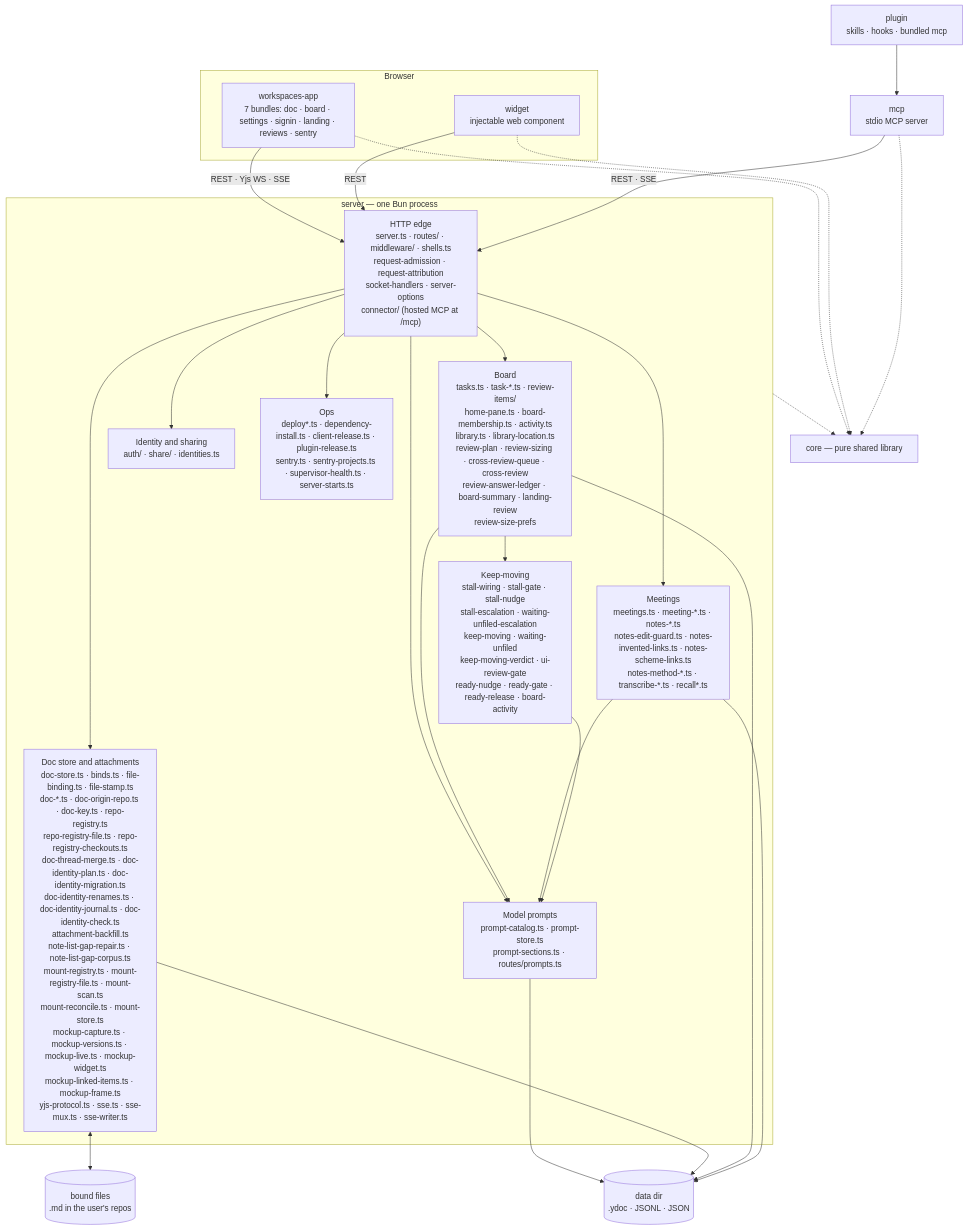
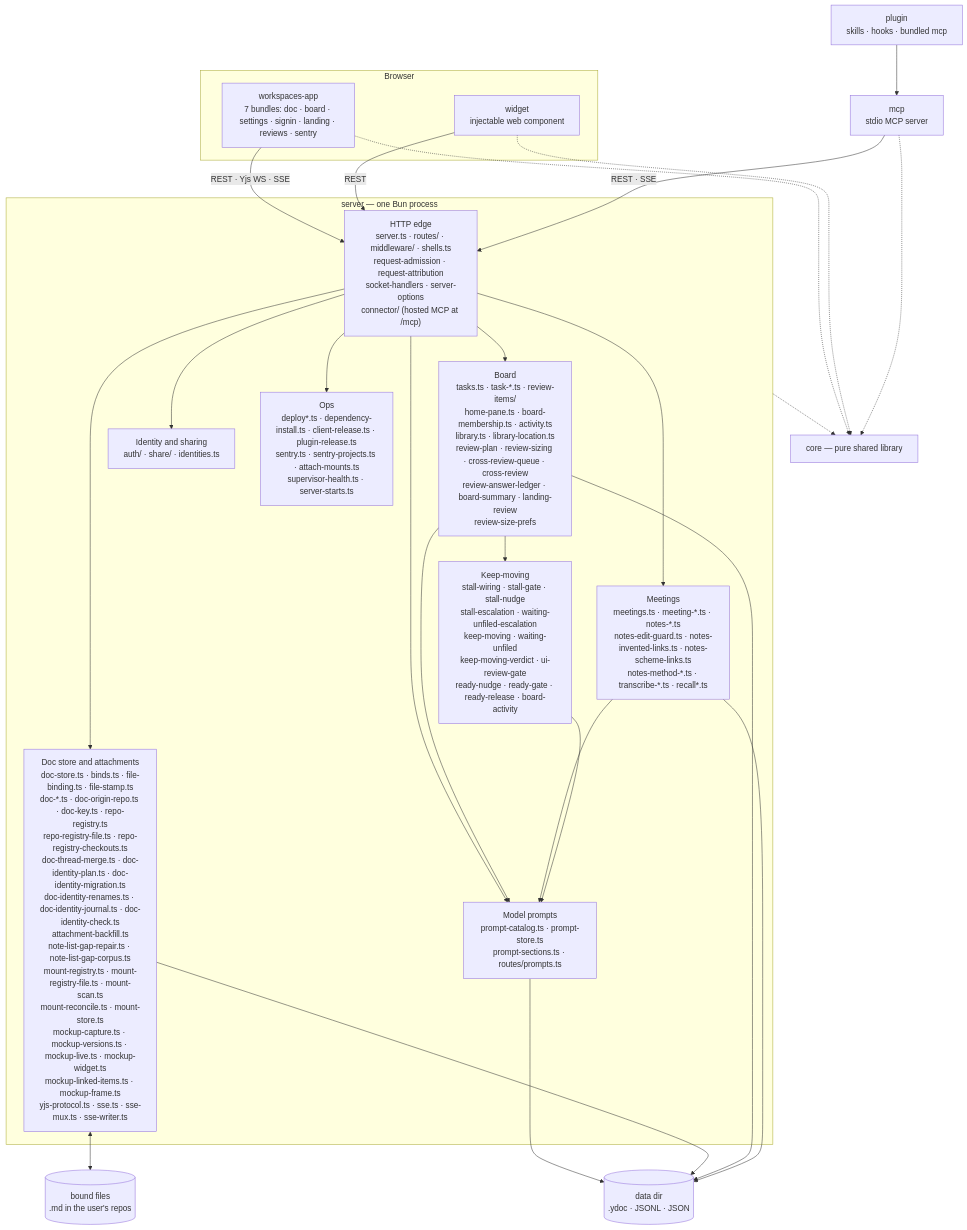
One commit to fryanpan/claude-workspaces-plugin changed the first of 2 diagrams in docs/architecture/overview.md. Above: the diagram before and after it, drawn with Mermaid. The commit also changed other lines of this file and 15 other files, not shown here.

````diff
--- a/docs/architecture/overview.md
+++ b/docs/architecture/overview.md
@@ -45,35 +45,35 @@
 ```mermaid
 flowchart TB
   subgraph browser[Browser]
     app["workspaces-app<br/>7 bundles: doc · board · settings · signin · landing · reviews · sentry"]
     wid["widget<br/>injectable web component"]
   end
   plug["plugin<br/>skills · hooks · bundled mcp"]
   mcp["mcp<br/>stdio MCP server"]
   subgraph srv["server — one Bun process"]
     edge["HTTP edge<br/>server.ts · routes/ · middleware/ · shells.ts<br/>request-admission · request-attribution<br/>socket-handlers · server-options<br/>connector/ (hosted MCP at /mcp)"]
     docs["Doc store and attachments<br/>doc-store.ts · binds.ts · file-binding.ts · file-stamp.ts<br/>doc-*.ts · doc-origin-repo.ts · doc-key.ts · repo-registry.ts<br/>repo-registry-file.ts · repo-registry-checkouts.ts<br/>doc-thread-merge.ts · doc-identity-plan.ts · doc-identity-migration.ts<br/>doc-identity-renames.ts · doc-identity-journal.ts · doc-identity-check.ts<br/>attachment-backfill.ts<br/>note-list-gap-repair.ts · note-list-gap-corpus.ts<br/>mount-registry.ts · mount-registry-file.ts · mount-scan.ts<br/>mount-reconcile.ts · mount-store.ts<br/>mockup-capture.ts · mockup-versions.ts · mockup-live.ts · mockup-widget.ts<br/>mockup-linked-items.ts · mockup-frame.ts<br/>yjs-protocol.ts · sse.ts · sse-mux.ts · sse-writer.ts"]
     board["Board<br/>tasks.ts · task-*.ts · review-items/<br/>home-pane.ts · board-membership.ts · activity.ts<br/>library.ts · library-location.ts<br/>review-plan · review-sizing · cross-review-queue · cross-review<br/>review-answer-ledger · board-summary · landing-review<br/>review-size-prefs"]
     meet["Meetings<br/>meetings.ts · meeting-*.ts · notes-*.ts<br/>notes-edit-guard.ts · notes-invented-links.ts · notes-scheme-links.ts<br/>notes-method-*.ts · transcribe-*.ts · recall*.ts"]
     keep["Keep-moving<br/>stall-wiring · stall-gate · stall-nudge<br/>stall-escalation · waiting-unfiled-escalation<br/>keep-moving · waiting-unfiled<br/>keep-moving-verdict · ui-review-gate<br/>ready-nudge · ready-gate · ready-release · board-activity"]
     ident["Identity and sharing<br/>auth/ · share/ · identities.ts"]
     prompts["Model prompts<br/>prompt-catalog.ts · prompt-store.ts<br/>prompt-sections.ts · routes/prompts.ts"]
-    ops["Ops<br/>deploy*.ts · dependency-install.ts · client-release.ts · plugin-release.ts<br/>sentry.ts · sentry-projects.ts · supervisor-health.ts · server-starts.ts"]
+    ops["Ops<br/>deploy*.ts · dependency-install.ts · client-release.ts · plugin-release.ts<br/>sentry.ts · sentry-projects.ts · attach-mounts.ts<br/>supervisor-health.ts · server-starts.ts"]
   end
   core["core — pure shared library"]
   disk[("data dir<br/>.ydoc · JSONL · JSON")]
   files[("bound files<br/>.md in the user's repos")]
 
   app -->|"REST · Yjs WS · SSE"| edge
   wid -->|REST| edge
   plug --> mcp
   mcp -->|"REST · SSE"| edge
   edge --> docs & board & meet & ident & ops & prompts
   board & meet & keep --> prompts
   prompts --> disk
   board --> keep
   docs <--> files
   docs & board & meet --> disk
   app & wid & mcp -.-> core
   srv -.-> core
 ```
````
